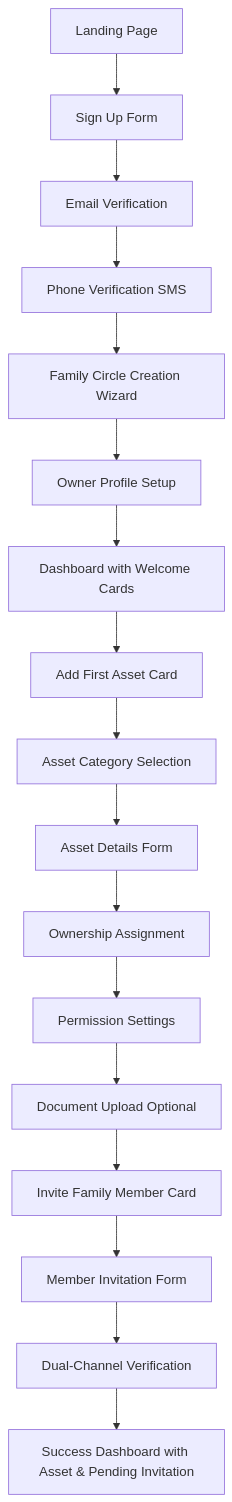
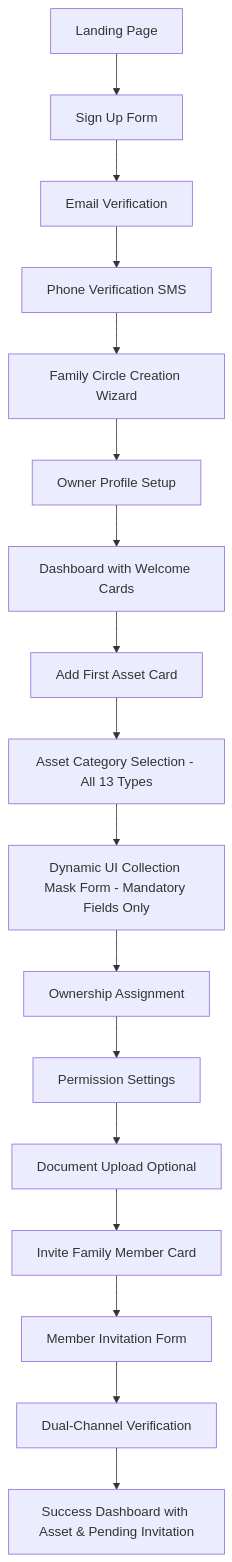
One commit to thseitz/FWD-INH changed the second of 7 diagrams in docs/front-end-spec.md. Above: the diagram before and after it, drawn with Mermaid. The commit also changed other lines of this file and 92 other files, not shown here.

First line of the commit message:
feat: comprehensive UI Collection Mask system with enhanced UX documentation

````diff
--- a/docs/front-end-spec.md
+++ b/docs/front-end-spec.md
@@ -132,19 +174,19 @@
 ```mermaid
 graph TD
     A[Landing Page] --> B[Sign Up Form]
     B --> C[Email Verification]
     C --> D[Phone Verification SMS]
     D --> E[Family Circle Creation Wizard]
     E --> F[Owner Profile Setup]
     F --> G[Dashboard with Welcome Cards]
     G --> H[Add First Asset Card]
-    H --> I[Asset Category Selection]
-    I --> J[Asset Details Form]
+    H --> I[Asset Category Selection - All 13 Types]
+    I --> J[Dynamic UI Collection Mask Form - Mandatory Fields Only]
     J --> K[Ownership Assignment]
     K --> L[Permission Settings]
     L --> M[Document Upload Optional]
     M --> N[Invite Family Member Card]
     N --> O[Member Invitation Form]
     O --> P[Dual-Channel Verification]
     P --> Q[Success Dashboard with Asset & Pending Invitation]
 ```
````
